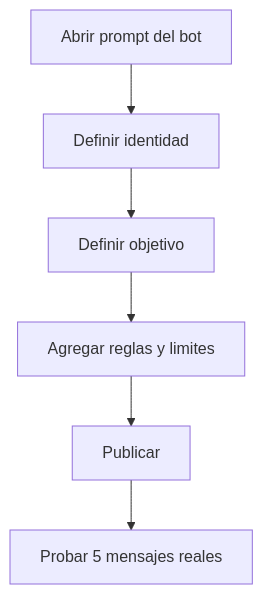
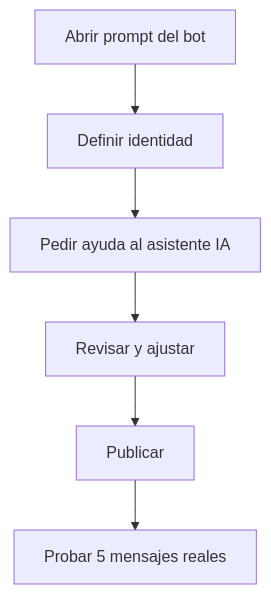
Before and after one commit to mangoex/chatbot-codex: the sixth of 10 diagrams in docs/MANUAL_AGENTES_WHATSAPP.md, drawn with Mermaid. The commit also changed other lines of this file and 7 other files, not shown here.

````diff
--- a/docs/MANUAL_AGENTES_WHATSAPP.md
+++ b/docs/MANUAL_AGENTES_WHATSAPP.md
@@ -234,8 +234,8 @@
 ```mermaid
 flowchart TD
     A["Abrir prompt del bot"] --> B["Definir identidad"]
-    B --> C["Definir objetivo"]
-    C --> D["Agregar reglas y limites"]
+    B --> C["Pedir ayuda al asistente IA"]
+    C --> D["Revisar y ajustar"]
     D --> E["Publicar"]
     E --> F["Probar 5 mensajes reales"]
 ```
````
